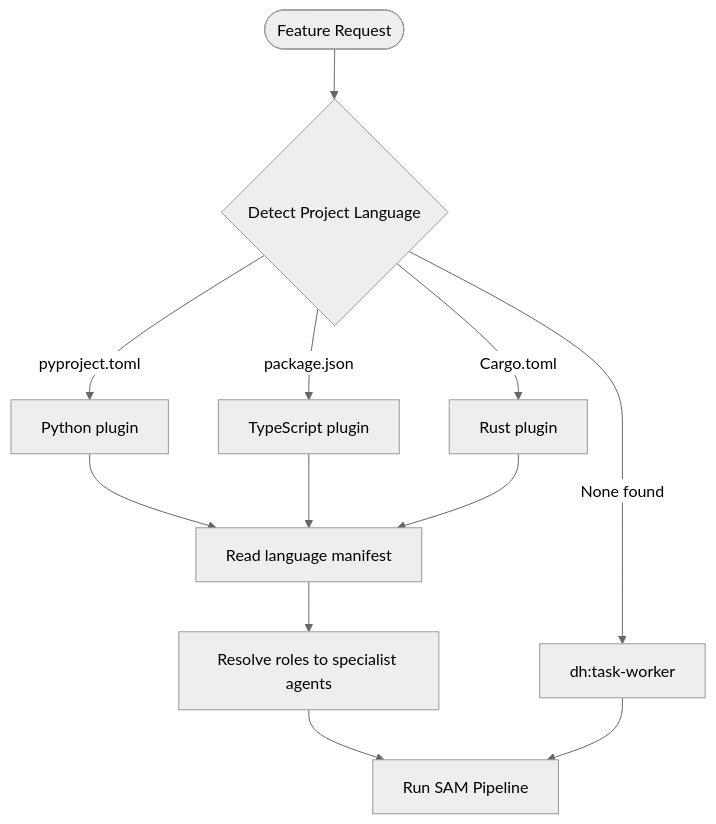
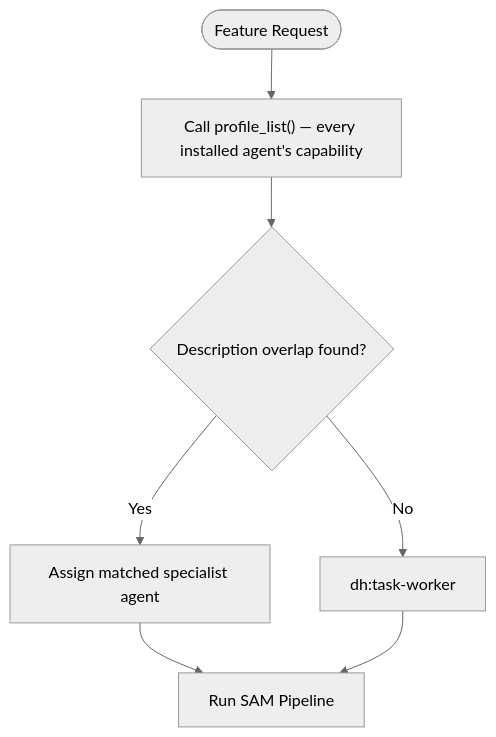
Before and after one commit to Jamie-BitFlight/claude_skills: the second of 2 diagrams in plugins/development-harness/README.md, drawn with Mermaid (neutral theme). The commit also changed other lines of this file and 85 other files, not shown here.

First line of the commit message:
Decouple language plugins from development-harness, remove dead manifest-dispatch PoC (#3392)

````diff
--- a/plugins/development-harness/README.md
+++ b/plugins/development-harness/README.md
@@ -328,14 +328,9 @@
 ```mermaid
 flowchart TD
-    Start([Feature Request]) --> Detect{Detect Project Language}
-    Detect -->|pyproject.toml| Python[Python plugin]
-    Detect -->|package.json| TypeScript[TypeScript plugin]
-    Detect -->|Cargo.toml| Rust[Rust plugin]
-    Detect -->|None found| Fallback[dh:task-worker]
-    Python --> Manifest[Read language manifest]
-    TypeScript --> Manifest
-    Rust --> Manifest
-    Manifest --> Resolve[Resolve roles to specialist agents]
+    Start([Feature Request]) --> ListAgents["Call profile_list() — every installed agent's capability"]
+    ListAgents --> Match{Description overlap found?}
+    Match -->|Yes| Resolve[Assign matched specialist agent]
+    Match -->|No| Fallback[dh:task-worker]
     Resolve --> Pipeline[Run SAM Pipeline]
     Fallback --> Pipeline
 ```
````
